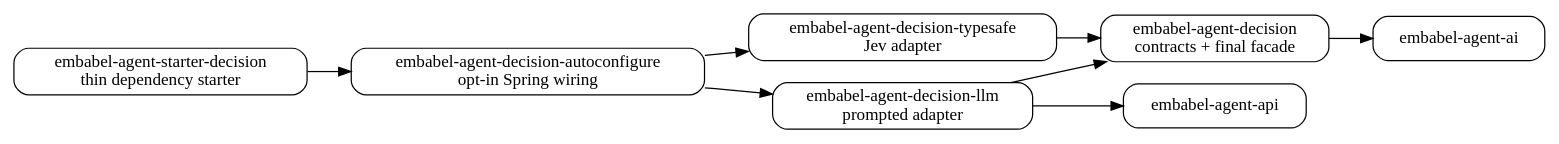
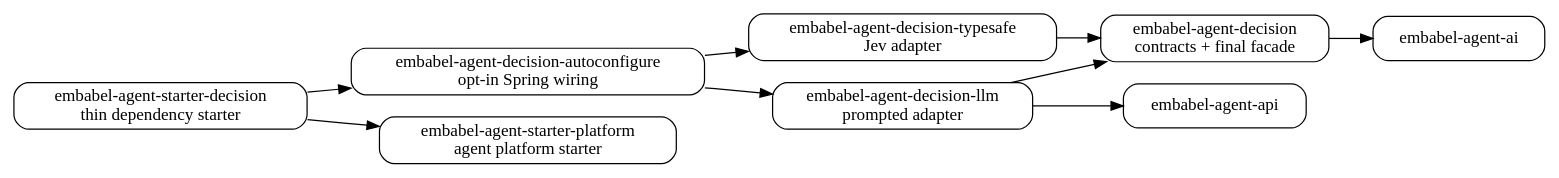
The diagram in embabel-agent-docs/src/main/asciidoc/reference/diagrams/decision-modules.dot (embabel/embabel-agent), drawn with Graphviz before and after one commit. The commit also changed 2 other files, not shown here.

```diff
--- a/embabel-agent-docs/src/main/asciidoc/reference/diagrams/decision-modules.dot
+++ b/embabel-agent-docs/src/main/asciidoc/reference/diagrams/decision-modules.dot
@@ -1,18 +1,20 @@
 digraph DecisionModules {
   rankdir=LR;
   node [shape=box, style="rounded"];
   ai [label="embabel-agent-ai"];
   api [label="embabel-agent-api"];
   core [label="embabel-agent-decision\ncontracts + final facade"];
   jev [label="embabel-agent-decision-typesafe\nJev adapter"];
   llm [label="embabel-agent-decision-llm\nprompted adapter"];
   auto [label="embabel-agent-decision-autoconfigure\nopt-in Spring wiring"];
   starter [label="embabel-agent-starter-decision\nthin dependency starter"];
+  platform [label="embabel-agent-starter-platform\nagent platform starter"];
   core -> ai;
   jev -> core;
   llm -> core;
   llm -> api;
   auto -> jev;
   auto -> llm;
   starter -> auto;
+  starter -> platform;
 }
```
